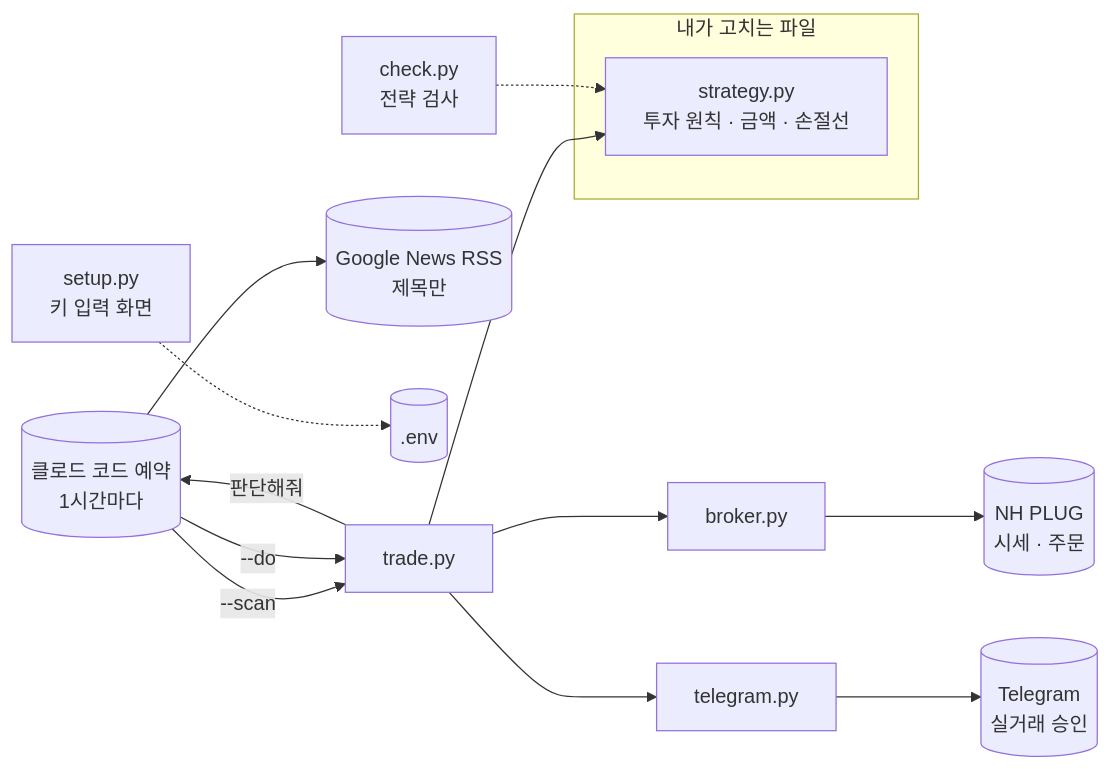
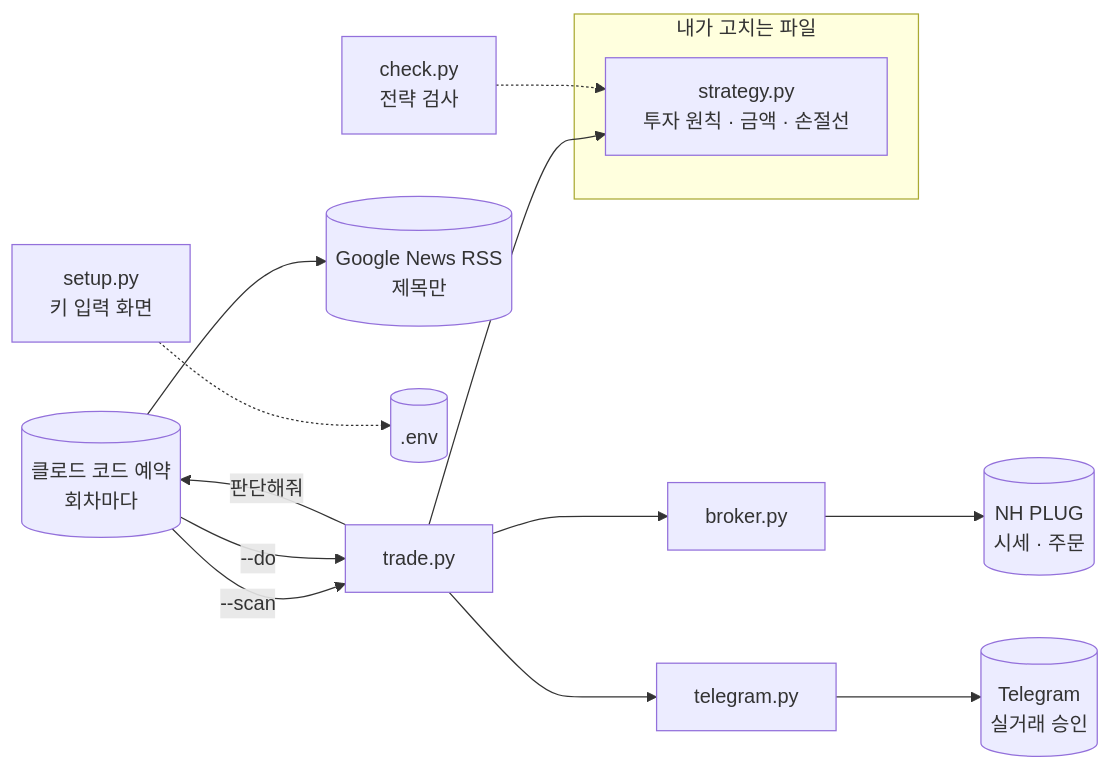
Before and after one commit to jeonck/nhplug-auto-trader: the second of 2 diagrams in README.md, drawn with Mermaid. The commit also changed other lines of this file, not shown here.

````diff
--- a/README.md
+++ b/README.md
@@ -558,15 +632,15 @@
 ```mermaid
 flowchart LR
-    CX[("클로드 코드 예약<br/>1시간마다")] -->|--scan| T
+    CX[("클로드 코드 예약<br/>회차마다")] -->|--scan| T
     T -->|"판단해줘"| CX
     CX -->|--do| T["trade.py"]
     CX --> NEWS[("Google News RSS<br/>제목만")]
     subgraph mine["내가 고치는 파일"]
         S["strategy.py<br/>투자 원칙 · 금액 · 손절선"]
     end
     T --> S
     T --> B["broker.py"] --> NH[("NH PLUG<br/>시세 · 주문")]
     T --> G["telegram.py"] --> TG[("Telegram<br/>실거래 승인")]
     SET["setup.py<br/>키 입력 화면"] -.-> ENV[(".env")]
     CHK["check.py<br/>전략 검사"] -.-> S
 ```
````
